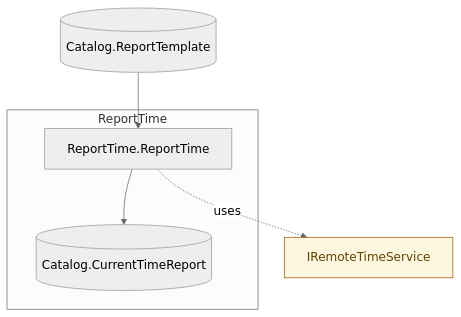
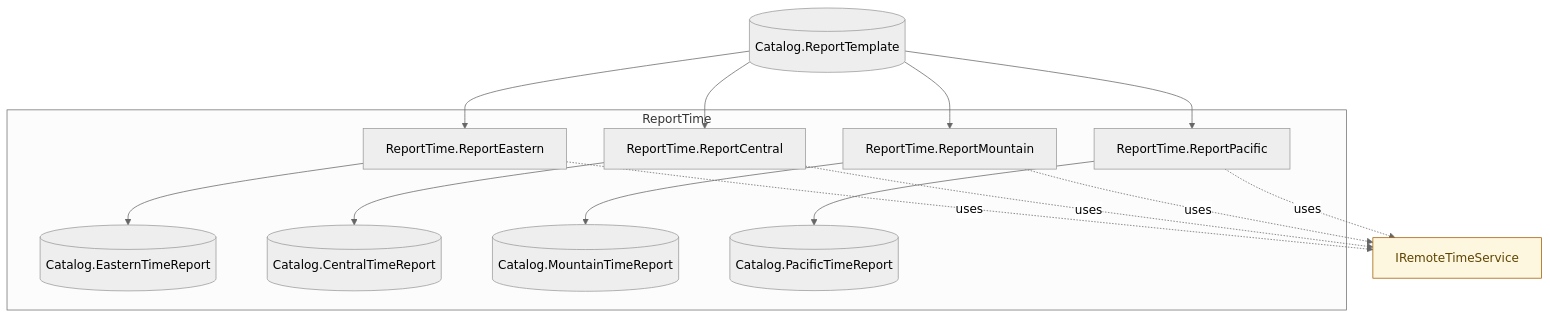
The diagram in examples/starter/SimpleEffectsExample/README.md (chaoticgoodcomputing/flowthru), drawn with Mermaid (neutral theme) before and after one commit. The commit also changed other lines of this file and 3 other files, not shown here.

Commit message:
chore: update effects example to reuse service

````diff
--- a/examples/starter/SimpleEffectsExample/README.md
+++ b/examples/starter/SimpleEffectsExample/README.md
@@ -20,24 +25,39 @@
 ```mermaid
 flowchart TB
 
     %% External Data Inputs
     Catalog_ReportTemplate[("Catalog.ReportTemplate")]
 
     subgraph ReportTime["ReportTime"]
-        ReportTime_ReportTime["ReportTime.ReportTime"]
-        Catalog_CurrentTimeReport[("Catalog.CurrentTimeReport")]
+        ReportTime_ReportEastern["ReportTime.ReportEastern"]
+        ReportTime_ReportCentral["ReportTime.ReportCentral"]
+        ReportTime_ReportMountain["ReportTime.ReportMountain"]
+        ReportTime_ReportPacific["ReportTime.ReportPacific"]
+        Catalog_EasternTimeReport[("Catalog.EasternTimeReport")]
+        Catalog_CentralTimeReport[("Catalog.CentralTimeReport")]
+        Catalog_MountainTimeReport[("Catalog.MountainTimeReport")]
+        Catalog_PacificTimeReport[("Catalog.PacificTimeReport")]
 
-        ReportTime_ReportTime --> Catalog_CurrentTimeReport
+        ReportTime_ReportEastern --> Catalog_EasternTimeReport
+        ReportTime_ReportCentral --> Catalog_CentralTimeReport
+        ReportTime_ReportMountain --> Catalog_MountainTimeReport
+        ReportTime_ReportPacific --> Catalog_PacificTimeReport
     end
 
     %% External Data to Flow Edges
-    Catalog_ReportTemplate --> ReportTime_ReportTime
+    Catalog_ReportTemplate --> ReportTime_ReportEastern
+    Catalog_ReportTemplate --> ReportTime_ReportCentral
+    Catalog_ReportTemplate --> ReportTime_ReportMountain
+    Catalog_ReportTemplate --> ReportTime_ReportPacific
 
     %% Service Dependencies
-    svc_SimpleEffectsExample_Services_IRemoteTimeService["IRemoteTimeService"]
+    svc_IRemoteTimeService["IRemoteTimeService"]
 
-    ReportTime_ReportTime -.uses.-> svc_SimpleEffectsExample_Services_IRemoteTimeService
+    ReportTime_ReportEastern -.uses.-> svc_IRemoteTimeService
+    ReportTime_ReportCentral -.uses.-> svc_IRemoteTimeService
+    ReportTime_ReportMountain -.uses.-> svc_IRemoteTimeService
+    ReportTime_ReportPacific -.uses.-> svc_IRemoteTimeService
 
     classDef service fill:#FEF7E0,stroke:#A05A00,color:#5E4400
-    class svc_SimpleEffectsExample_Services_IRemoteTimeService service
+    class svc_IRemoteTimeService service
 ```
````
